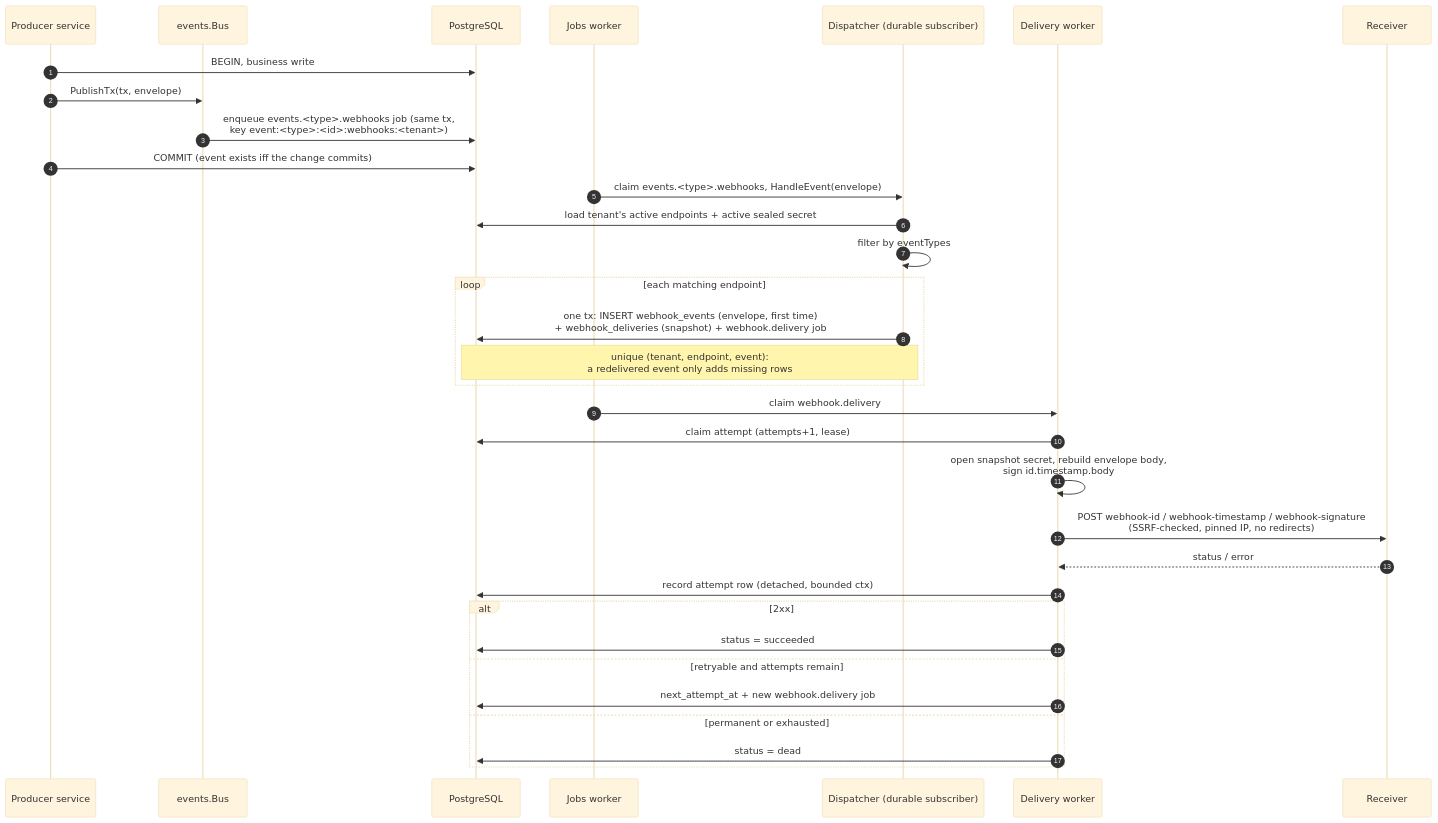
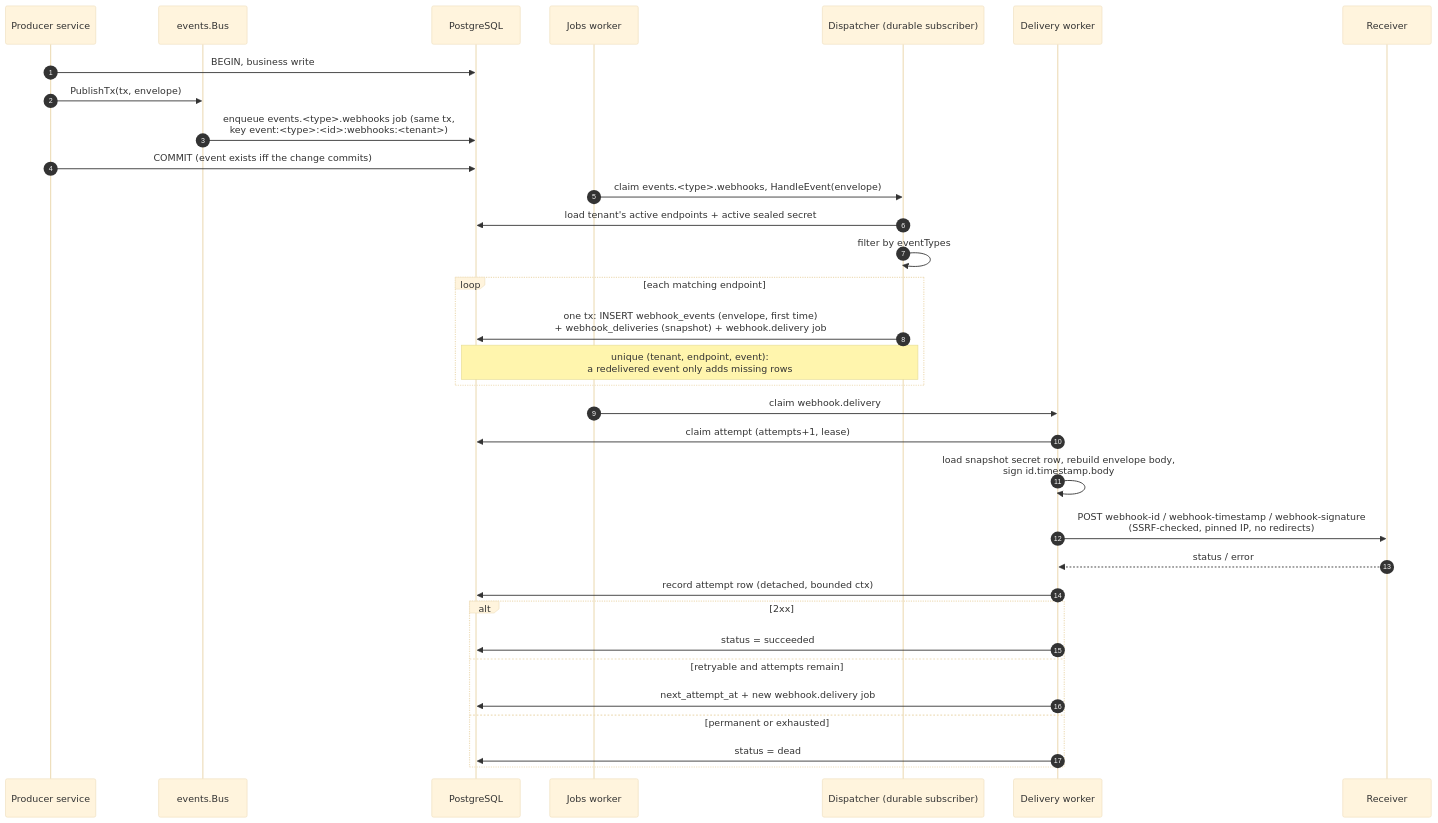
The second of 5 diagrams in docs/webhooks.md (chuanghiduoc/fiber-golang-boilerplate), drawn with Mermaid (base theme) before and after one commit. The commit also changed other lines of this file and 911 other files, not shown here.

First line of the commit message:
feat!: standard rebuild (UUIDv7, huma OpenAPI 3.1, passkeys, Argon2id, injected catalogs, no legacy layers) (#132)

````diff
--- a/docs/webhooks.md
+++ b/docs/webhooks.md
@@ -109,36 +109,36 @@
 ```mermaid
 sequenceDiagram
     autonumber
     participant P as Producer service
     participant B as events.Bus
     participant DB as PostgreSQL
     participant JW as Jobs worker
     participant D as Dispatcher (durable subscriber)
     participant W as Delivery worker
     participant R as Receiver
 
     P->>DB: BEGIN, business write
     P->>B: PublishTx(tx, envelope)
     B->>DB: enqueue events.<type>.webhooks job (same tx,<br/>key event:<type>:<id>:webhooks:<tenant>)
     P->>DB: COMMIT (event exists iff the change commits)
     JW->>D: claim events.<type>.webhooks, HandleEvent(envelope)
     D->>DB: load tenant's active endpoints + active sealed secret
     D->>D: filter by eventTypes
     loop each matching endpoint
         D->>DB: one tx: INSERT webhook_events (envelope, first time)<br/>+ webhook_deliveries (snapshot) + webhook.delivery job
         Note over D,DB: unique (tenant, endpoint, event):<br/>a redelivered event only adds missing rows
     end
     JW->>W: claim webhook.delivery
     W->>DB: claim attempt (attempts+1, lease)
-    W->>W: open snapshot secret, rebuild envelope body,<br/>sign id.timestamp.body
+    W->>W: load snapshot secret row, rebuild envelope body,<br/>sign id.timestamp.body
     W->>R: POST webhook-id / webhook-timestamp / webhook-signature<br/>(SSRF-checked, pinned IP, no redirects)
     R-->>W: status / error
     W->>DB: record attempt row (detached, bounded ctx)
     alt 2xx
         W->>DB: status = succeeded
     else retryable and attempts remain
         W->>DB: next_attempt_at + new webhook.delivery job
     else permanent or exhausted
         W->>DB: status = dead
     end
 ```
````
